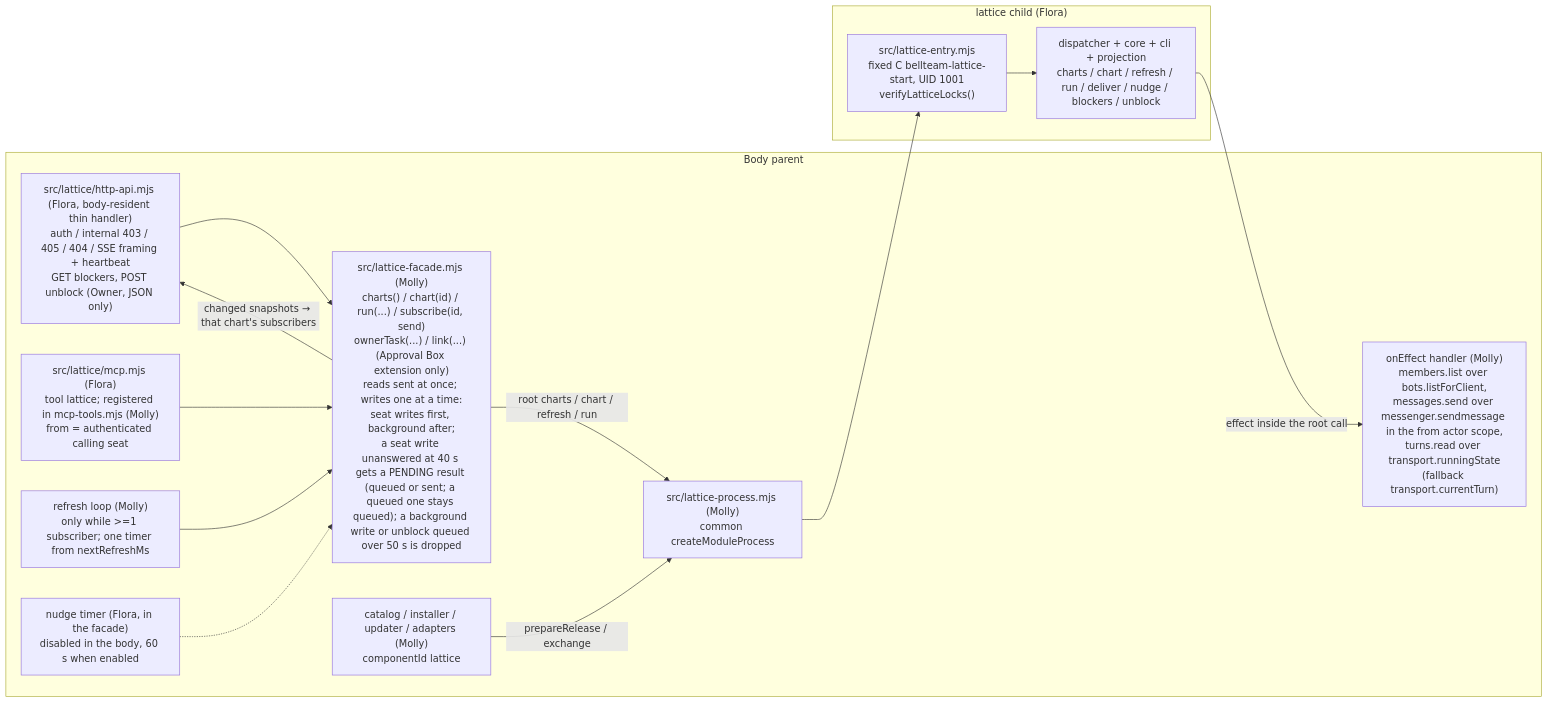
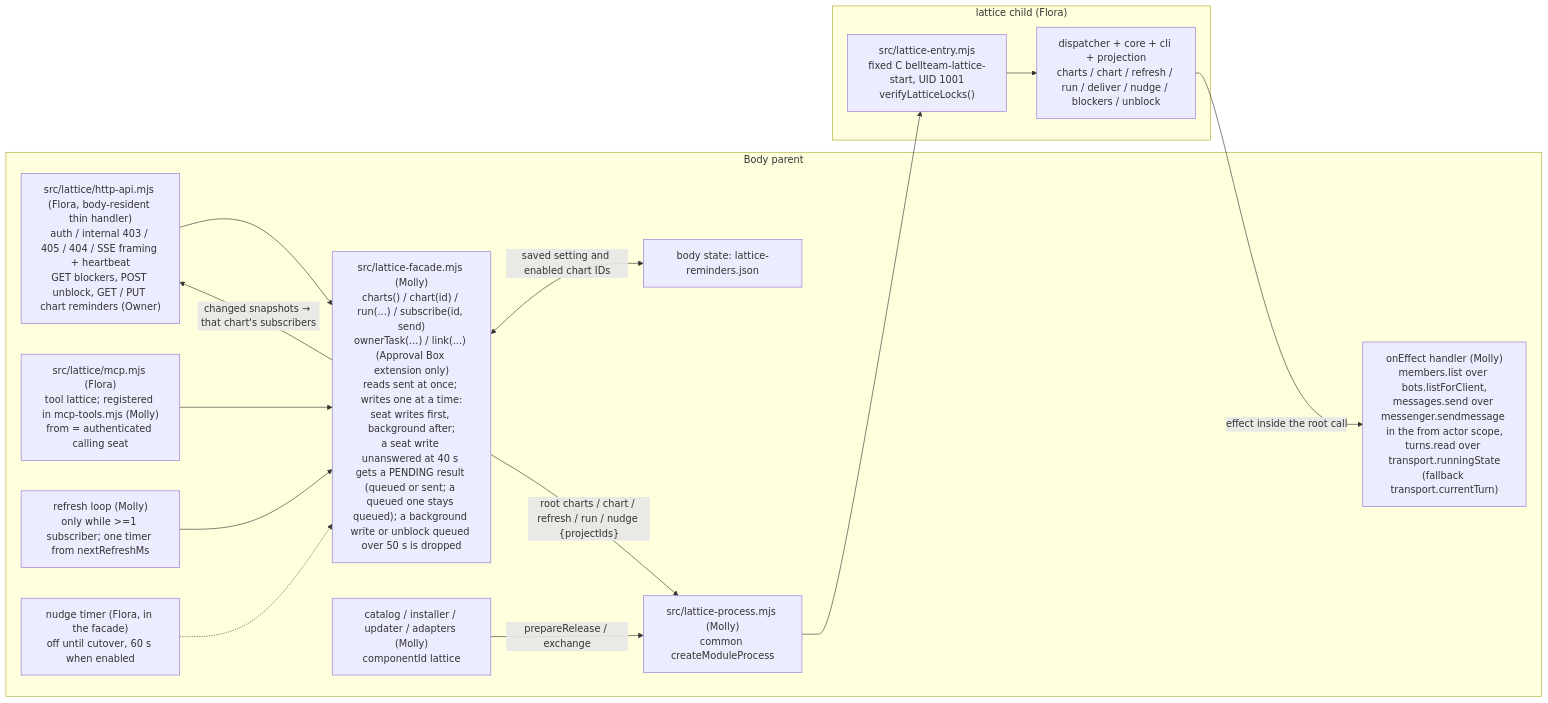
The diagram in docs/architecture/modules/runtime/lattice-child.md (kitepon/BellTeam), drawn with Mermaid before and after one commit. The commit also changed other lines of this file and 16 other files, not shown here.

Commit message:
Add opt-in Lattice reminders per BellTeam chart

````diff
--- a/docs/architecture/modules/runtime/lattice-child.md
+++ b/docs/architecture/modules/runtime/lattice-child.md
@@ -7,26 +7,28 @@
 ```mermaid
 flowchart LR
   subgraph Parent["Body parent"]
-    Route["src/lattice/http-api.mjs (Flora, body-resident thin handler)<br/>auth / internal 403 / 405 / 404 / SSE framing + heartbeat<br/>GET blockers, POST unblock (Owner, JSON only)"]
+    Route["src/lattice/http-api.mjs (Flora, body-resident thin handler)<br/>auth / internal 403 / 405 / 404 / SSE framing + heartbeat<br/>GET blockers, POST unblock, GET / PUT chart reminders (Owner)"]
     Tool["src/lattice/mcp.mjs (Flora)<br/>tool lattice; registered in mcp-tools.mjs (Molly)<br/>from = authenticated calling seat"]
     Facade["src/lattice-facade.mjs (Molly)<br/>charts() / chart(id) / run(...) / subscribe(id, send)<br/>ownerTask(...) / link(...) (Approval Box extension only)<br/>reads sent at once; writes one at a time:<br/>seat writes first, background after;<br/>a seat write unanswered at 40 s gets a PENDING result (queued or sent; a queued one stays queued); a background write or unblock queued over 50 s is dropped"]
     Loop["refresh loop (Molly)<br/>only while >=1 subscriber; one timer from nextRefreshMs"]
-    Nudge["nudge timer (Flora, in the facade)<br/>disabled in the body, 60 s when enabled"]
+    Nudge["nudge timer (Flora, in the facade)<br/>off until cutover, 60 s when enabled"]
+    Settings["body state: lattice-reminders.json"]
     Proc["src/lattice-process.mjs (Molly)<br/>common createModuleProcess"]
     Ports["onEffect handler (Molly)<br/>members.list over bots.listForClient,<br/>messages.send over messenger.sendmessage in the from actor scope,<br/>turns.read over transport.runningState<br/>(fallback transport.currentTurn)"]
     Update["catalog / installer / updater / adapters (Molly)<br/>componentId lattice"]
   end
   subgraph Child["lattice child (Flora)"]
     Entry["src/lattice-entry.mjs<br/>fixed C bellteam-lattice-start, UID 1001<br/>verifyLatticeLocks()"]
     Disp["dispatcher + core + cli + projection<br/>charts / chart / refresh / run / deliver / nudge / blockers / unblock"]
   end
   Route --> Facade
   Tool --> Facade
   Loop --> Facade
   Nudge -.-> Facade
-  Facade -->|"root charts / chart / refresh / run"| Proc
+  Facade <-->|"saved setting and enabled chart IDs"| Settings
+  Facade -->|"root charts / chart / refresh / run / nudge {projectIds}"| Proc
   Proc --> Entry --> Disp
   Disp -->|"effect inside the root call"| Ports
   Facade -->|"changed snapshots → that chart's subscribers"| Route
   Update -->|"prepareRelease / exchange"| Proc
 ```
````
